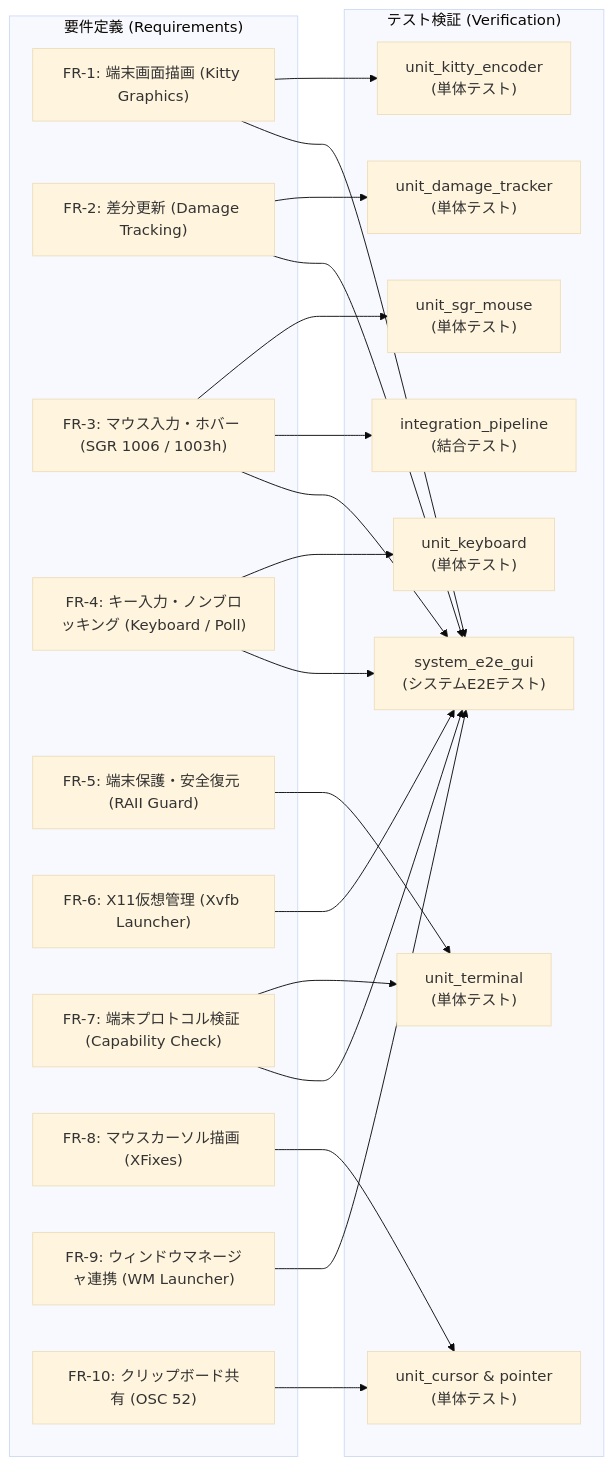
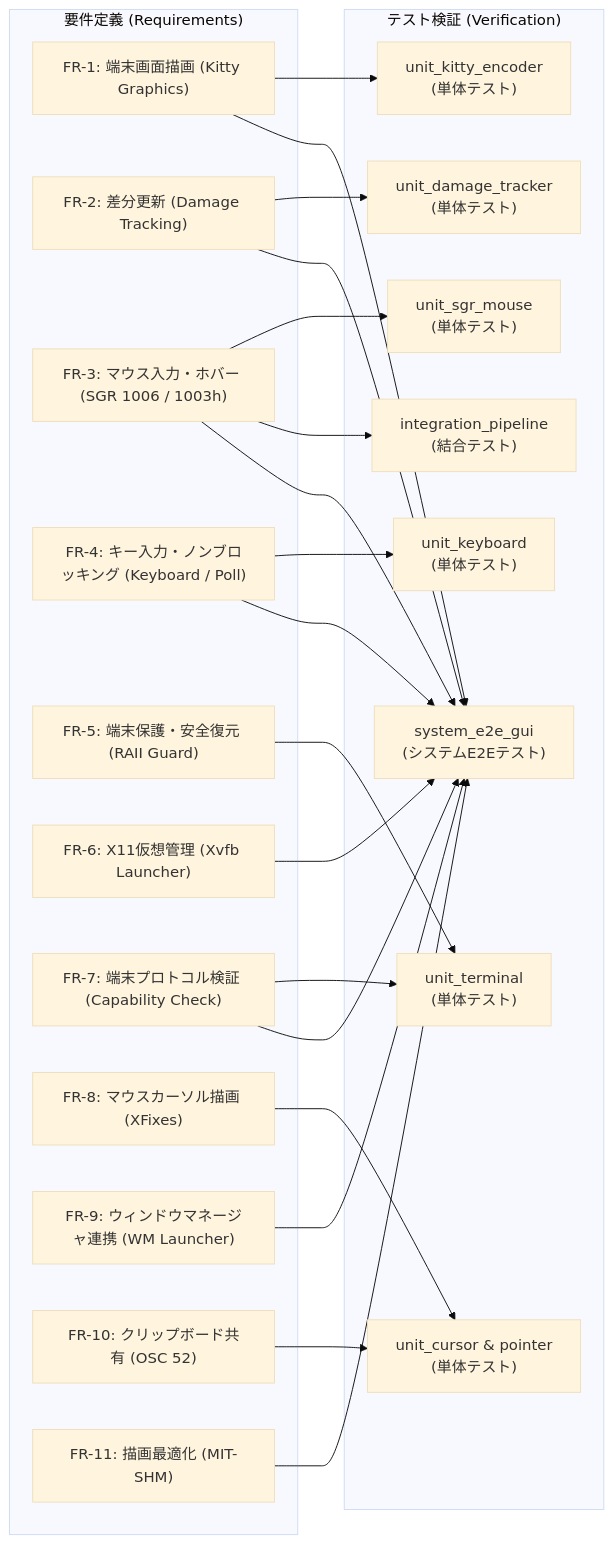
Before and after one commit to totatake/termway: the diagram in docs/V_MODEL_SPEC.md, drawn with Mermaid (base theme). The commit also changed other lines of this file and 5 other files, not shown here.

Commit message:
feat(display): optimize frame capture with MIT-SHM zero-copy

````diff
--- a/docs/V_MODEL_SPEC.md
+++ b/docs/V_MODEL_SPEC.md
@@ -9,43 +9,45 @@
 ```mermaid
 flowchart LR
     subgraph Requirements["要件定義 (Requirements)"]
         FR1["FR-1: 端末画面描画 (Kitty Graphics)"]
         FR2["FR-2: 差分更新 (Damage Tracking)"]
         FR3["FR-3: マウス入力・ホバー (SGR 1006 / 1003h)"]
         FR4["FR-4: キー入力・ノンブロッキング (Keyboard / Poll)"]
         FR5["FR-5: 端末保護・安全復元 (RAII Guard)"]
         FR6["FR-6: X11仮想管理 (Xvfb Launcher)"]
         FR7["FR-7: 端末プロトコル検証 (Capability Check)"]
         FR8["FR-8: マウスカーソル描画 (XFixes)"]
         FR9["FR-9: ウィンドウマネージャ連携 (WM Launcher)"]
         FR10["FR-10: クリップボード共有 (OSC 52)"]
+        FR11["FR-11: 描画最適化 (MIT-SHM)"]
     end
 
     subgraph Verification["テスト検証 (Verification)"]
         T_Sys["system_e2e_gui<br/>(システムE2Eテスト)"]
         T_Integ["integration_pipeline<br/>(結合テスト)"]
         T_Mouse["unit_sgr_mouse<br/>(単体テスト)"]
         T_Kitty["unit_kitty_encoder<br/>(単体テスト)"]
         T_Term["unit_terminal<br/>(単体テスト)"]
         T_Damage["unit_damage_tracker<br/>(単体テスト)"]
         T_Key["unit_keyboard<br/>(単体テスト)"]
         T_Cursor["unit_cursor & pointer<br/>(単体テスト)"]
     end
 
     FR1 --> T_Kitty
     FR1 --> T_Sys
     FR2 --> T_Damage
     FR2 --> T_Sys
     FR3 --> T_Mouse
     FR3 --> T_Integ
     FR3 --> T_Sys
     FR4 --> T_Key
     FR4 --> T_Sys
     FR5 --> T_Term
     FR6 --> T_Sys
     FR7 --> T_Term
     FR7 --> T_Sys
     FR8 --> T_Cursor
     FR9 --> T_Sys
     FR10 --> T_Cursor
+    FR11 --> T_Sys
 ```
````
